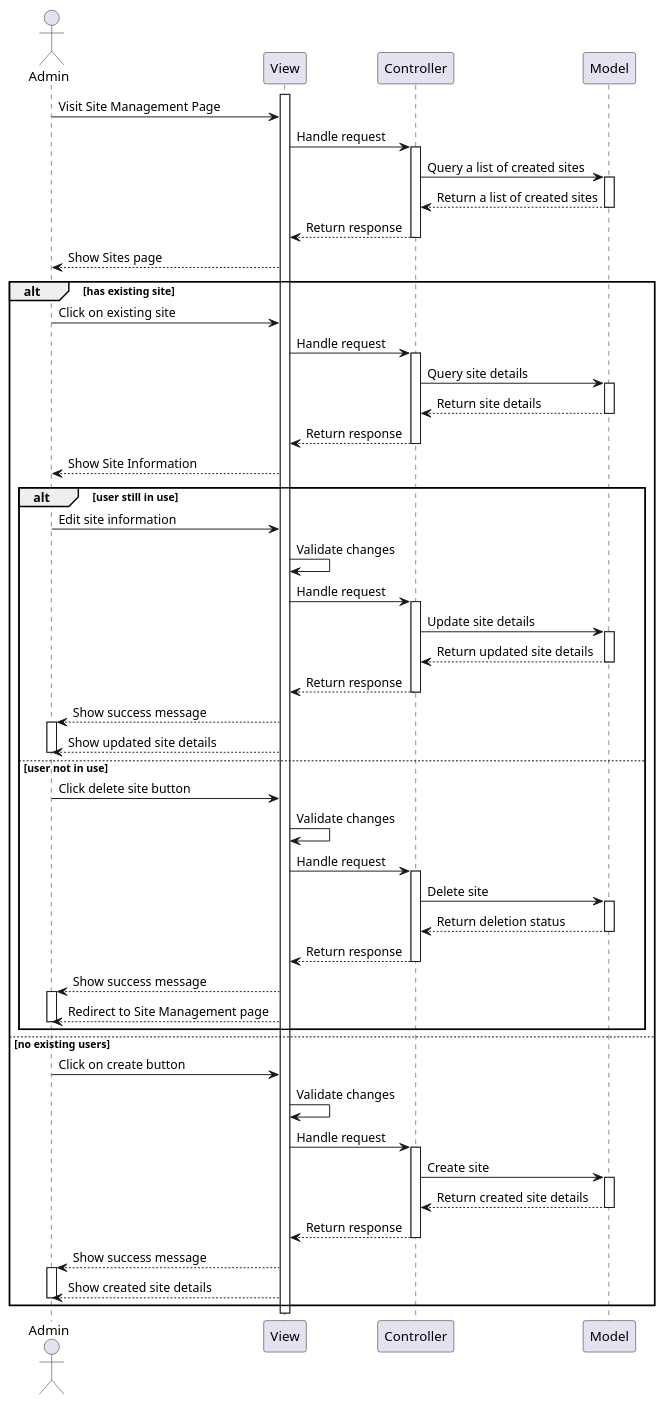
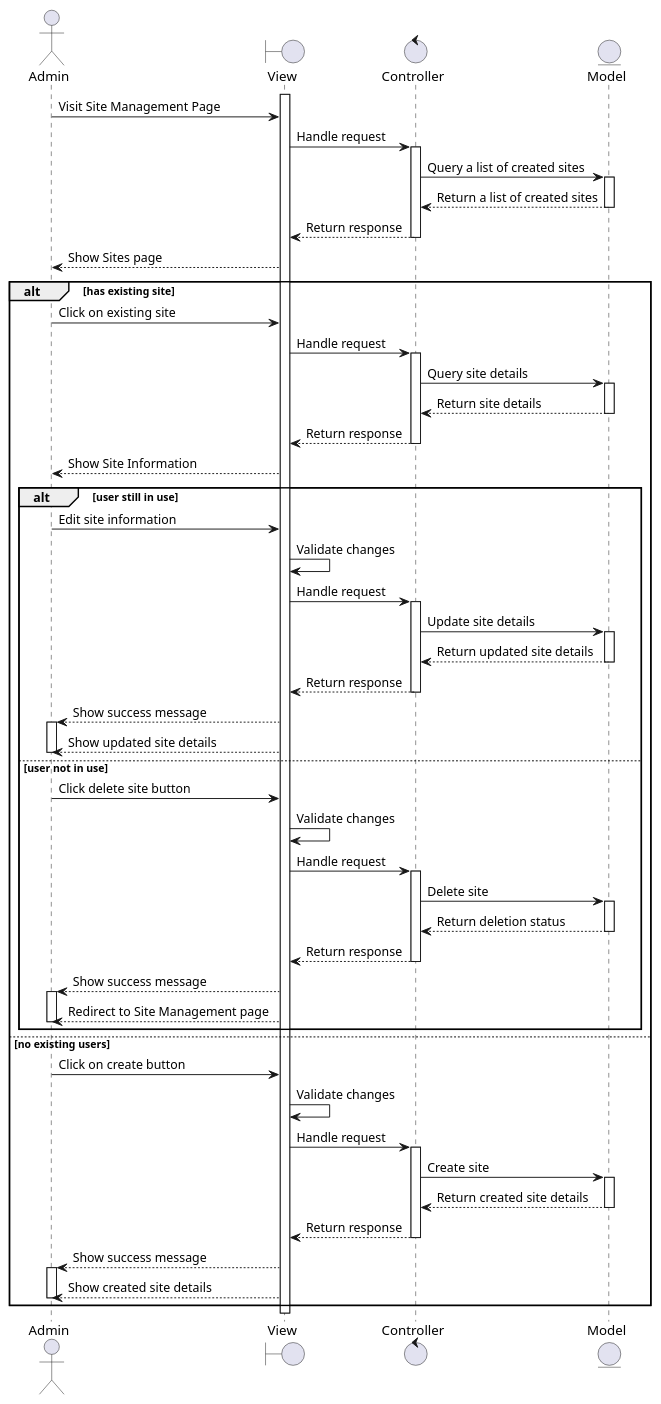
The diagram in plantuml/proposed/sequence/manage-site.wsd (radical-doubting/anikultura-diagrams), drawn with PlantUML before and after one commit. The commit also changed 14 other files, not shown here.

Commit message:
Standardized diagrams

```diff
--- a/plantuml/proposed/sequence/manage-site.wsd
+++ b/plantuml/proposed/sequence/manage-site.wsd
@@ -1,86 +1,86 @@
 @startuml
 
 actor Admin as admin
-participant View as view
-participant Controller as controller
-participant Model as model
+boundary View as view
+control Controller as controller
+entity Model as model
 
 activate view
 
 admin -> view: Visit Site Management Page
 
 view -> controller: Handle request
 activate controller
 
 controller -> model: Query a list of created sites
 activate model
 model --> controller: Return a list of created sites
 deactivate model
 controller --> view: Return response
 deactivate controller
 
 view --> admin: Show Sites page
 
 alt has existing site
 
 admin -> view: Click on existing site
 view -> controller: Handle request
 activate controller
 
 controller -> model: Query site details
 activate model
 model --> controller: Return site details
 deactivate model
 controller --> view: Return response
 deactivate controller
 view --> admin: Show Site Information
 
 alt user still in use
     admin -> view: Edit site information
     view -> view: Validate changes
     view -> controller: Handle request
     activate controller
     controller -> model: Update site details
     activate model
     model --> controller : Return updated site details
     deactivate model
     controller --> view : Return response
     deactivate controller
     view --> admin : Show success message
     activate admin
     view --> admin : Show updated site details
      deactivate admin
     else user not in use
         admin -> view : Click delete site button
         view -> view : Validate changes
         view -> controller : Handle request
         activate controller
         controller -> model : Delete site
         activate model
         model --> controller : Return deletion status
         deactivate model
         controller --> view : Return response
         deactivate controller
         view --> admin : Show success message
         activate admin
         view --> admin : Redirect to Site Management page
         deactivate admin
     end
 else no existing users
     admin -> view : Click on create button
     view -> view : Validate changes
     view -> controller : Handle request
     activate controller
     controller -> model : Create site
     activate model
     model --> controller : Return created site details
     deactivate model
     controller --> view : Return response
     deactivate controller
 
     view --> admin : Show success message
     activate admin
     view --> admin : Show created site details
     deactivate admin
 end
 @enduml
```
